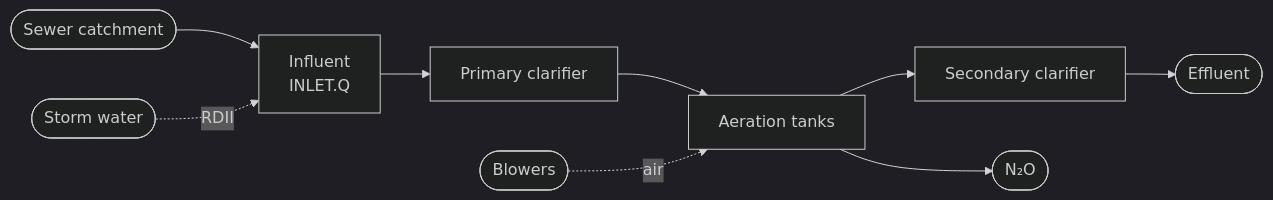
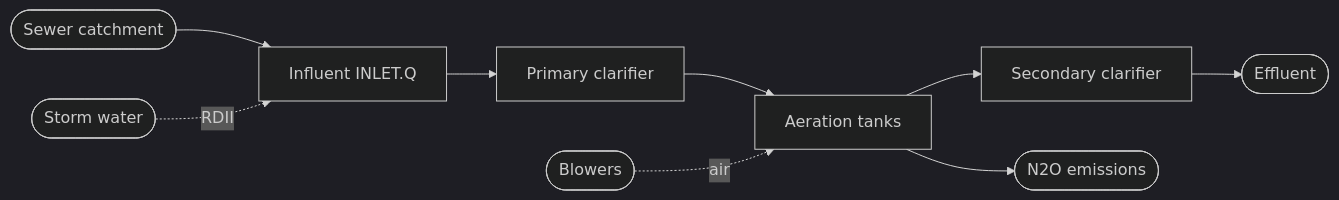
One commit to DHI/timeseries-forecasting-benchmark changed the diagram in docs/cases/wwtp_influent.md. Above: the diagram before and after it, drawn with Mermaid (dark theme). The commit also changed 4 other files, not shown here.

````diff
--- a/docs/cases/wwtp_influent.md
+++ b/docs/cases/wwtp_influent.md
@@ -11,11 +11,11 @@
 ```mermaid
 flowchart LR
-    S([Sewer catchment]) --> I[Influent<br/>INLET.Q]
+    S([Sewer catchment]) --> I[Influent INLET.Q]
     R([Storm water]) -.->|RDII| I
     I --> PC[Primary clarifier]
     PC --> AT[Aeration tanks]
     AT --> SC[Secondary clarifier]
     SC --> E([Effluent])
-    AT --> N2O([N₂O])
+    AT --> X([N2O emissions])
     BL([Blowers]) -.->|air| AT
 ```
````
